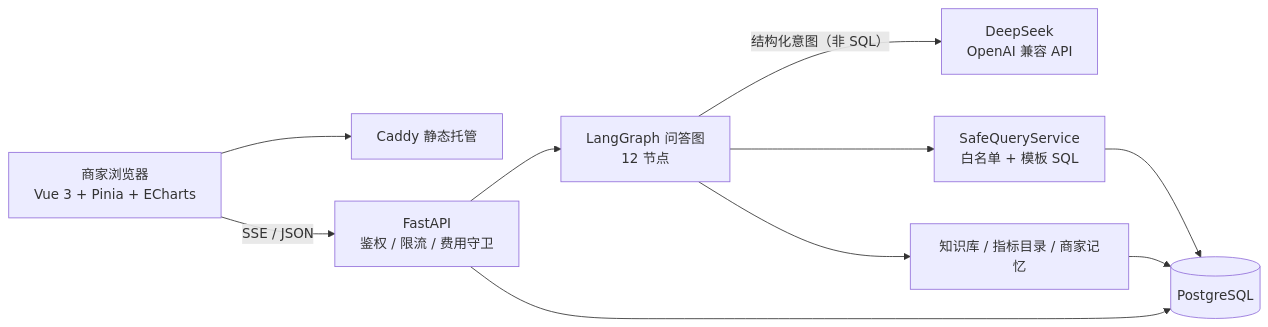
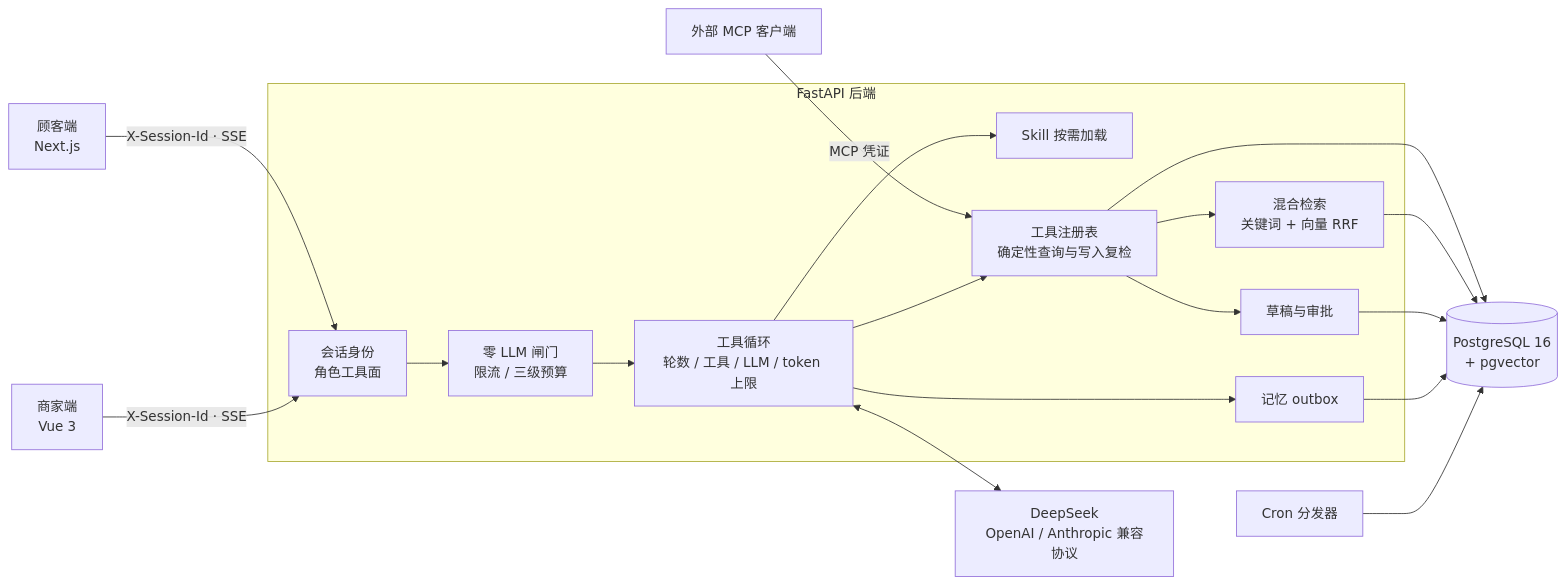
One commit to XuZiHan-010/shopping_assistant changed the diagram in README.md. Above: the diagram before and after it, drawn with Mermaid. The commit also changed other lines of this file and 30 other files, not shown here.

First line of the commit message:
docs: README 按双端 Agent 平台重写并更换截图，求职资料移出版本库

````diff
--- a/README.md
+++ b/README.md
@@ -132,21 +112,37 @@
 ```mermaid
 flowchart LR
-    U["商家浏览器<br/>Vue 3 + Pinia + ECharts"]
-    C["Caddy 静态托管"]
-    A["FastAPI<br/>鉴权 / 限流 / 费用守卫"]
-    G["LangGraph 问答图<br/>12 节点"]
-    L["DeepSeek<br/>OpenAI 兼容 API"]
-    Q["SafeQueryService<br/>白名单 + 模板 SQL"]
-    K["知识库 / 指标目录 / 商家记忆"]
-    P[("PostgreSQL")]
+    S["顾客端<br/>Next.js"]
+    M["商家端<br/>Vue 3"]
+    X["外部 MCP 客户端"]
 
-    U --> C
-    U -- "SSE / JSON" --> A
-    A --> G
-    G -- "结构化意图（非 SQL）" --> L
-    G --> K
-    G --> Q
-    Q --> P
-    K --> P
-    A --> P
+    subgraph API["FastAPI 后端"]
+        ID["会话身份<br/>角色工具面"]
+        GATE["零 LLM 闸门<br/>限流 / 三级预算"]
+        LOOP["工具循环<br/>轮数 / 工具 / LLM / token 上限"]
+        SK["Skill 按需加载"]
+        TOOLS["工具注册表<br/>确定性查询与写入复检"]
+        DRAFT["草稿与审批"]
+        MEM["记忆 outbox"]
+        RAG["混合检索<br/>关键词 + 向量 RRF"]
+    end
+
+    LLM["DeepSeek<br/>OpenAI / Anthropic 兼容协议"]
+    PG[("PostgreSQL 16<br/>+ pgvector")]
+    CRON["Cron 分发器"]
+
+    S -- "X-Session-Id · SSE" --> ID
+    M -- "X-Session-Id · SSE" --> ID
+    X -- "MCP 凭证" --> TOOLS
+    ID --> GATE --> LOOP
+    LOOP <--> LLM
+    LOOP --> SK
+    LOOP --> TOOLS
+    TOOLS --> RAG
+    TOOLS --> DRAFT
+    LOOP --> MEM
+    TOOLS --> PG
+    RAG --> PG
+    DRAFT --> PG
+    MEM --> PG
+    CRON --> PG
 ```
````
